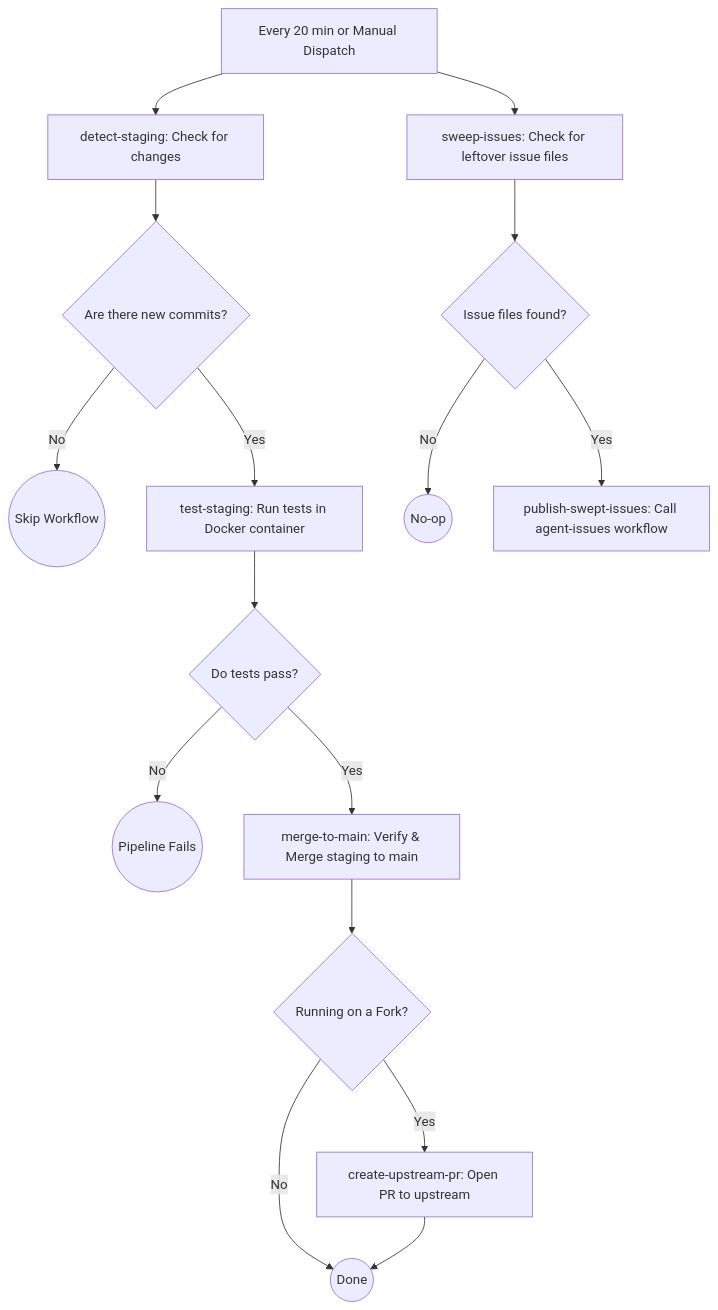
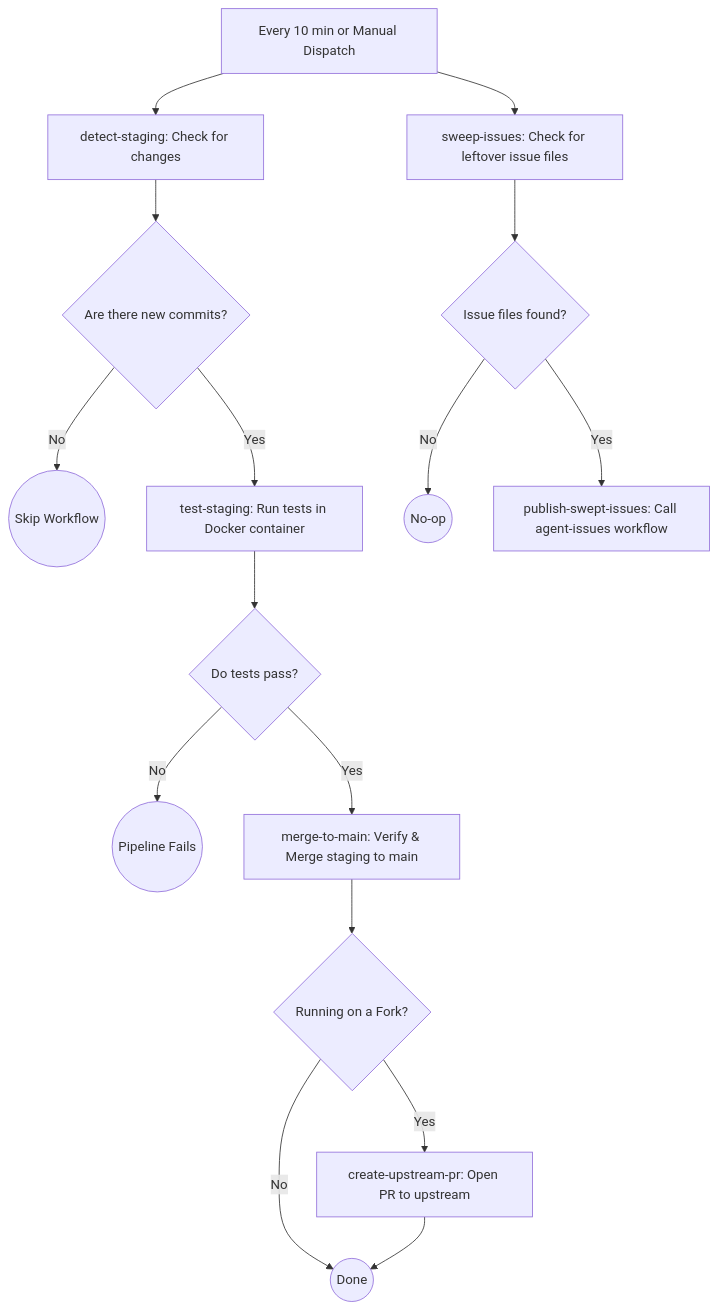
The third of 10 diagrams in docs/ci-cd.md (LokiMetaSmith/keystone-polyphony), drawn with Mermaid before and after one commit. The commit also changed other lines of this file and 11 other files, not shown here.

````diff
--- a/docs/ci-cd.md
+++ b/docs/ci-cd.md
@@ -46,18 +48,18 @@
 ```mermaid
 graph TD
-    A[Every 20 min or Manual Dispatch] --> B[detect-staging: Check for changes]
+    A[Every 10 min or Manual Dispatch] --> B[detect-staging: Check for changes]
     A --> S[sweep-issues: Check for leftover issue files]
     B --> C{Are there new commits?}
     C -- No --> Skip((Skip Workflow))
     C -- Yes --> D[test-staging: Run tests in Docker container]
     D --> E{Do tests pass?}
     E -- No --> Fail((Pipeline Fails))
     E -- Yes --> F[merge-to-main: Verify & Merge staging to main]
     F --> G{Running on a Fork?}
     G -- No --> End((Done))
     G -- Yes --> H[create-upstream-pr: Open PR to upstream]
     H --> End
     S --> T{Issue files found?}
     T -- No --> Skip2((No-op))
     T -- Yes --> U[publish-swept-issues: Call agent-issues workflow]
 ```
````
